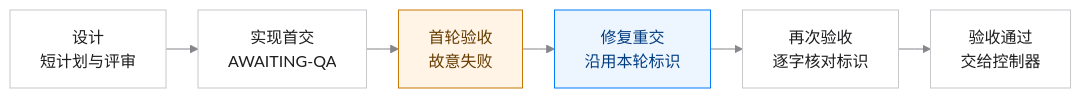
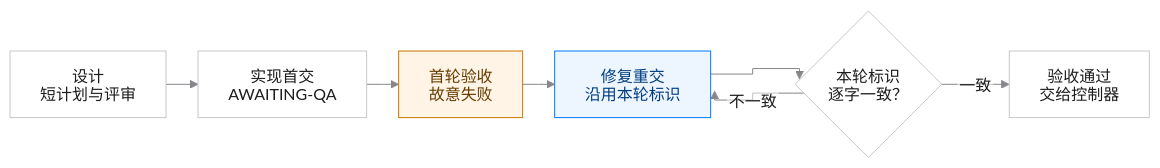
One commit to xrliAnnie/flywheel-qa-sandbox changed the diagram in engineering/doc/FLY-3227-real-runner-drill/core-flow.mmd. Above: the diagram before and after it, drawn with Mermaid. The commit also changed 3 other files, not shown here.

```diff
--- a/engineering/doc/FLY-3227-real-runner-drill/core-flow.mmd
+++ b/engineering/doc/FLY-3227-real-runner-drill/core-flow.mmd
@@ -1,11 +1,12 @@
-%%{init: {"theme": "base", "themeVariables": {"fontFamily": "-apple-system, BlinkMacSystemFont, PingFang SC, sans-serif", "fontSize": "16px", "primaryColor": "#ffffff", "primaryTextColor": "#1d1d1f", "primaryBorderColor": "#c7c7cc", "lineColor": "#86868b", "background": "#ffffff"}, "flowchart": {"htmlLabels": false, "curve": "stepAfter", "nodeSpacing": 24, "rankSpacing": 32}}}%%
+%%{init: {"theme": "base", "htmlLabels": false, "themeVariables": {"fontFamily": "-apple-system, BlinkMacSystemFont, PingFang SC, sans-serif", "fontSize": "16px", "primaryColor": "#ffffff", "primaryTextColor": "#1d1d1f", "primaryBorderColor": "#c7c7cc", "lineColor": "#86868b", "background": "#ffffff"}, "flowchart": {"htmlLabels": false, "curve": "stepAfter", "nodeSpacing": 24, "rankSpacing": 32}}}%%
 flowchart LR
     D["设计<br/>短计划与评审"] --> I["实现首交<br/>AWAITING-QA"]
     I --> Q["首轮验收<br/>故意失败"]
     Q --> F["修复重交<br/>沿用本轮标识"]
-    F --> R["再次验收<br/>逐字核对标识"]
-    R --> G["验收通过<br/>交给控制器"]
+    F --> R{"本轮标识<br/>逐字一致？"}
+    R -->|一致| G["验收通过<br/>交给控制器"]
+    R -->|不一致| F
     classDef expected fill:#fff4e5,stroke:#c77700,color:#663c00;
     classDef repair fill:#edf5ff,stroke:#007aff,color:#003d80;
     class Q expected;
     class F repair;
```
